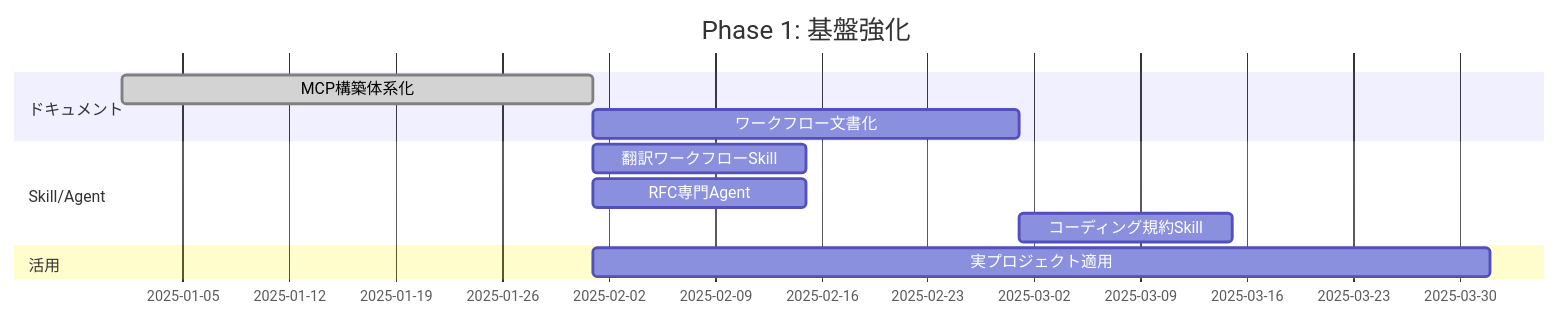
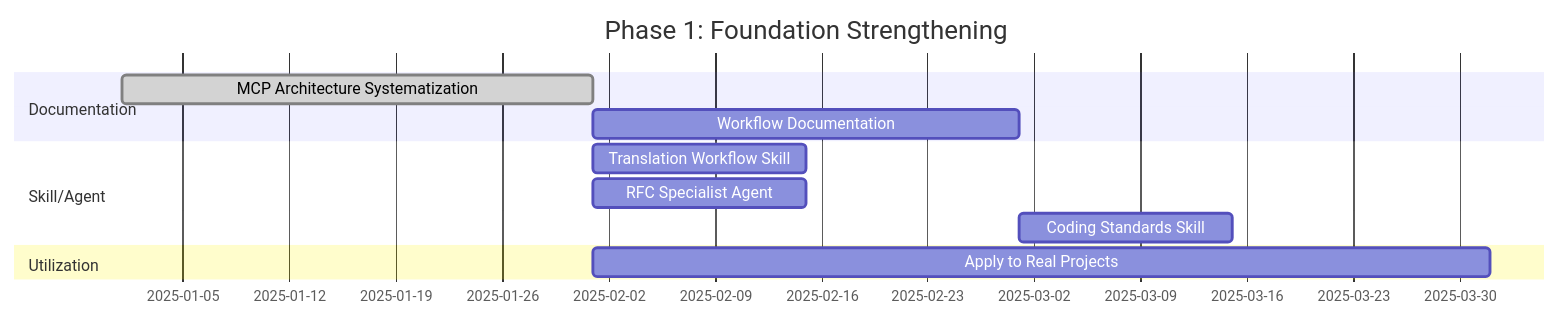
The third of 4 diagrams in docs/roadmap.md (shuji-bonji/ai-agent-architecture), drawn with Mermaid before and after one commit. The commit also changed other lines of this file and 42 other files, not shown here.

````diff
--- a/docs/roadmap.md
+++ b/docs/roadmap.md
@@ -99,14 +101,14 @@
 ```mermaid
 gantt
-    title Phase 1: 基盤強化
+    title Phase 1: Foundation Strengthening
     dateFormat YYYY-MM
-    section ドキュメント
-        MCP構築体系化           :done, 2025-01, 1M
-        ワークフロー文書化       :2025-02, 1M
+    section Documentation
+        MCP Architecture Systematization    :done, 2025-01, 1M
+        Workflow Documentation              :2025-02, 1M
     section Skill/Agent
-        翻訳ワークフローSkill    :2025-02, 2w
-        RFC専門Agent            :2025-02, 2w
-        コーディング規約Skill    :2025-03, 2w
-    section 活用
-        実プロジェクト適用       :2025-02, 2M
+        Translation Workflow Skill          :2025-02, 2w
+        RFC Specialist Agent                :2025-02, 2w
+        Coding Standards Skill              :2025-03, 2w
+    section Utilization
+        Apply to Real Projects              :2025-02, 2M
 ```
````
